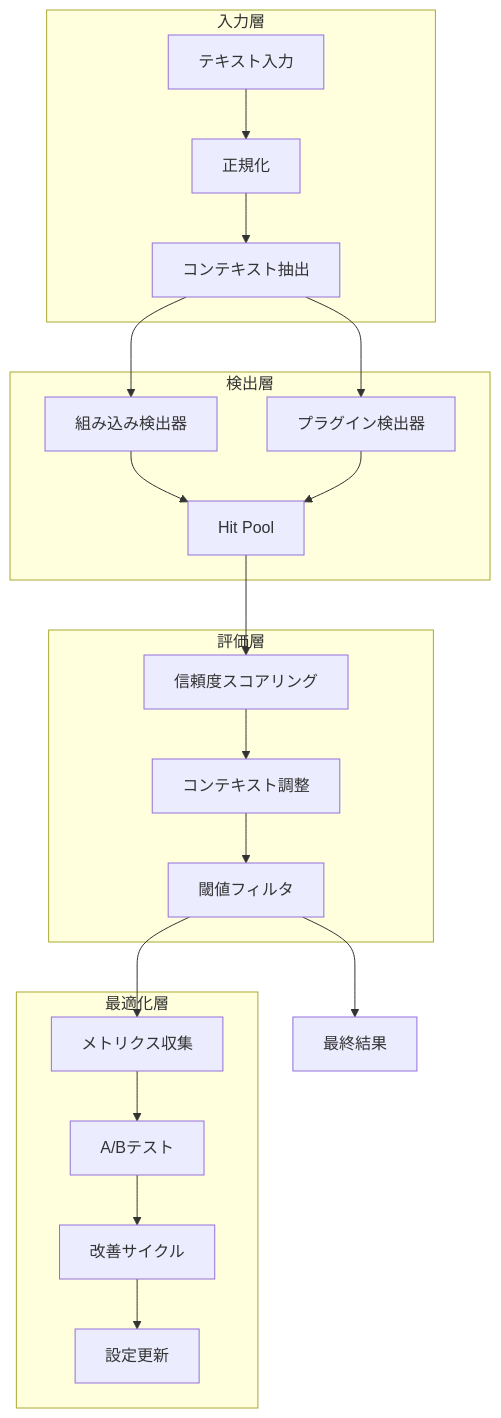
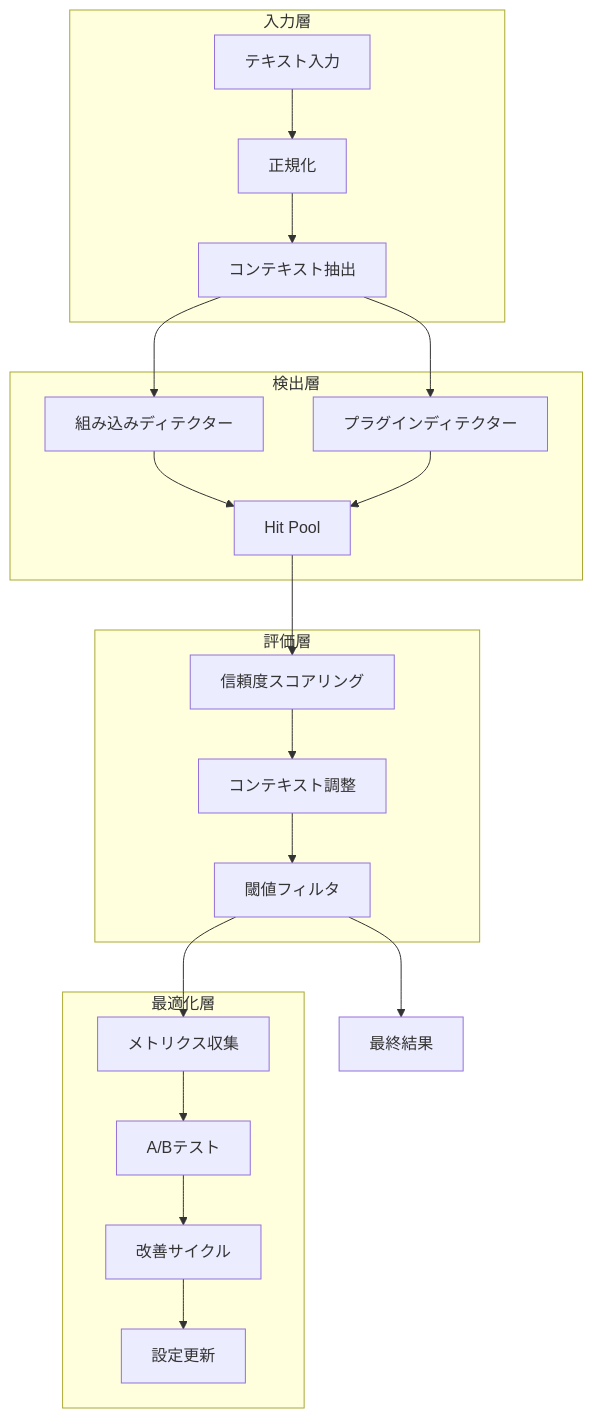
One commit to himorishige/noren changed the diagram in docs/implementation-details-ja.md. Above: the diagram before and after it, drawn with Mermaid. The commit also changed 4 other files, not shown here.

````diff
--- a/docs/implementation-details-ja.md
+++ b/docs/implementation-details-ja.md
@@ -5,29 +5,29 @@
 ```mermaid
 graph TB
     subgraph "入力層"
         A[テキスト入力] --> B[正規化]
         B --> C[コンテキスト抽出]
     end
     
     subgraph "検出層"
-        C --> D[組み込み検出器]
-        C --> E[プラグイン検出器]
+        C --> D[組み込みディテクター]
+        C --> E[プラグインディテクター]
         D --> F[Hit Pool]
         E --> F
     end
     
     subgraph "評価層"
         F --> G[信頼度スコアリング]
         G --> H[コンテキスト調整]
         H --> I[閾値フィルタ]
     end
     
     subgraph "最適化層"
         I --> J[メトリクス収集]
         J --> K[A/Bテスト]
         K --> L[改善サイクル]
         L --> M[設定更新]
     end
     
     I --> N[最終結果]
 ```
````
